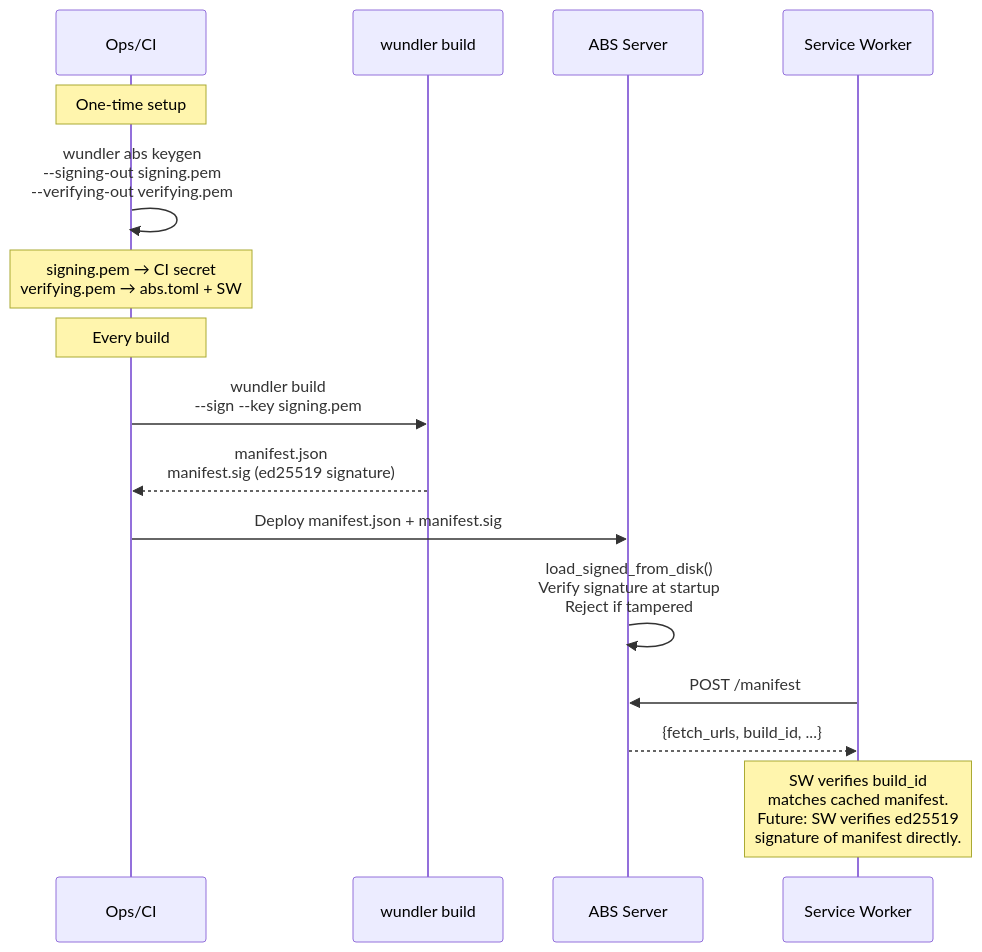
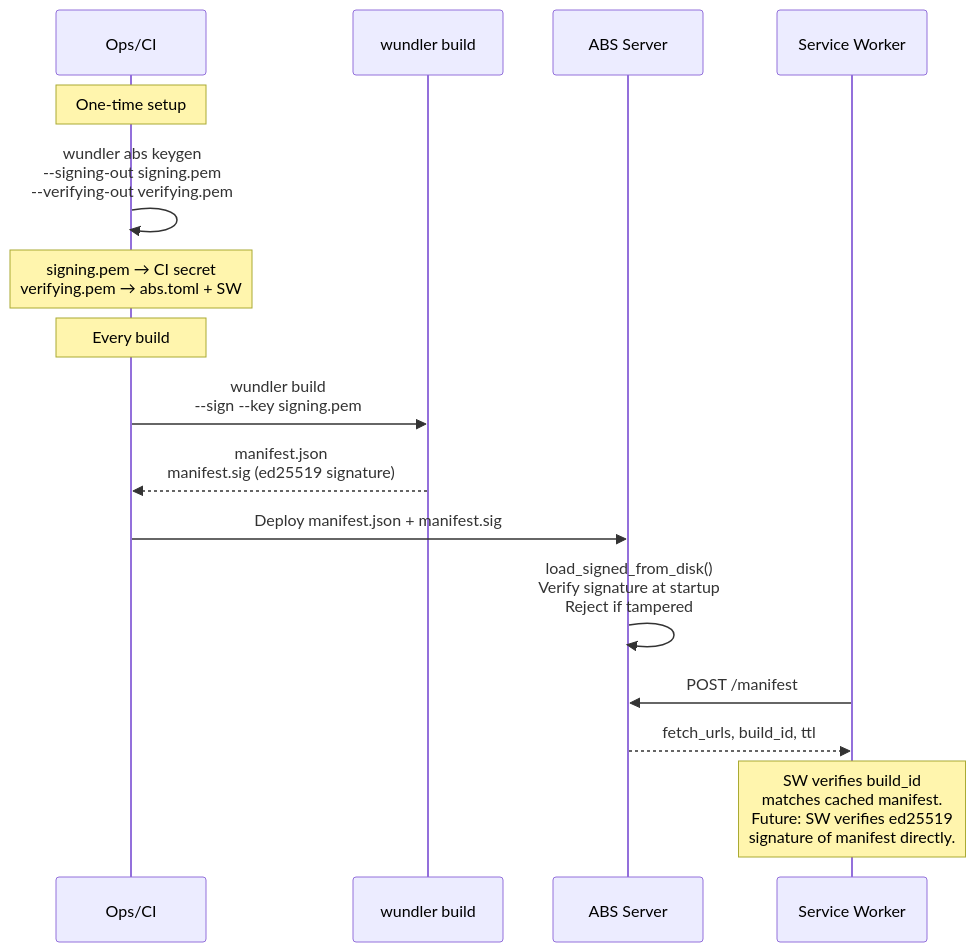
One commit to kenotron-ms/wundler changed the eighth of 8 diagrams in docs/WORKFLOWS.md. Above: the diagram before and after it, drawn with Mermaid. The commit also changed other lines of this file, not shown here.

First line of the commit message:
fix(docs): correct Mermaid syntax in WORKFLOWS.md

````diff
--- a/docs/WORKFLOWS.md
+++ b/docs/WORKFLOWS.md
@@ -208,23 +208,23 @@
 ```mermaid
 sequenceDiagram
     participant Ops as Ops/CI
     participant WB as wundler build
     participant ABS as ABS Server
     participant SW as Service Worker
 
     Note over Ops: One-time setup
     Ops->>Ops: wundler abs keygen<br/>--signing-out signing.pem<br/>--verifying-out verifying.pem
 
     Note over Ops: signing.pem → CI secret<br/>verifying.pem → abs.toml + SW
 
     Note over Ops: Every build
     Ops->>WB: wundler build<br/>--sign --key signing.pem
     WB-->>Ops: manifest.json<br/>manifest.sig (ed25519 signature)
 
     Ops->>ABS: Deploy manifest.json + manifest.sig
     ABS->>ABS: load_signed_from_disk()<br/>Verify signature at startup<br/>Reject if tampered
 
     SW->>ABS: POST /manifest
-    ABS-->>SW: {fetch_urls, build_id, ...}
+    ABS-->>SW: fetch_urls, build_id, ttl
     Note over SW: SW verifies build_id<br/>matches cached manifest.<br/>Future: SW verifies ed25519<br/>signature of manifest directly.
 ```
````
